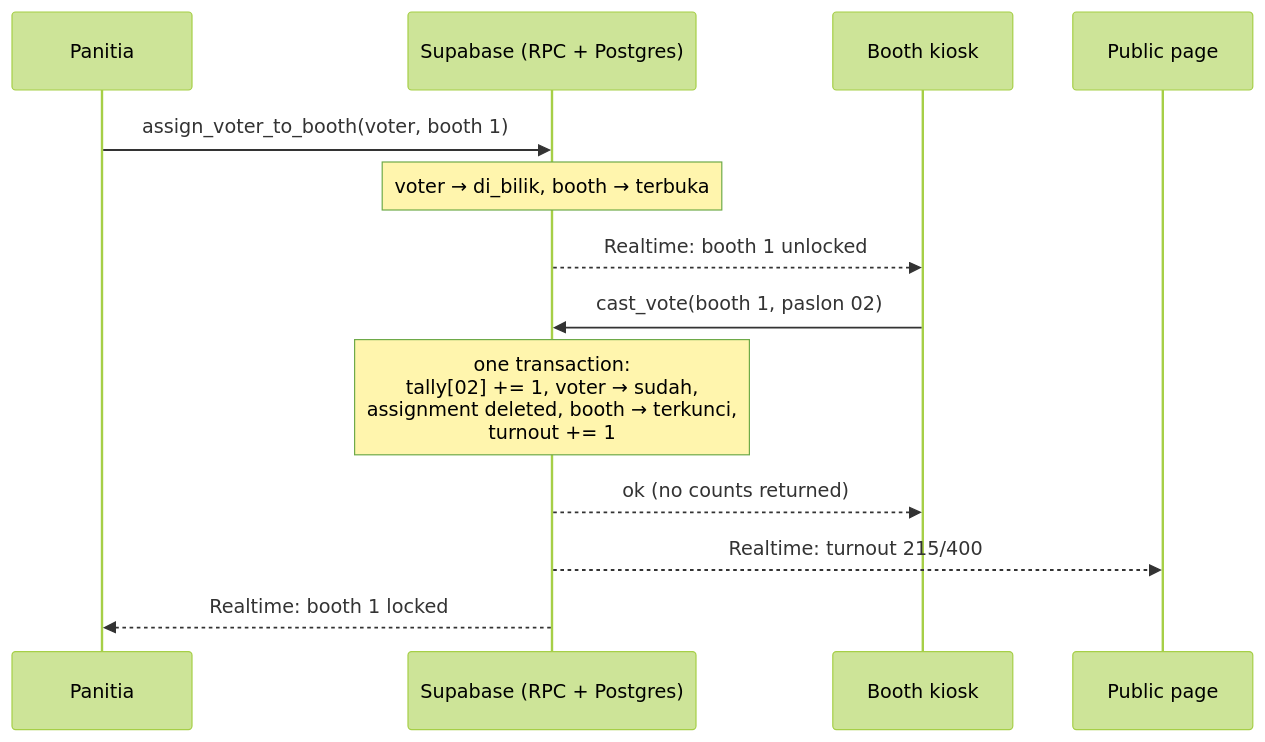
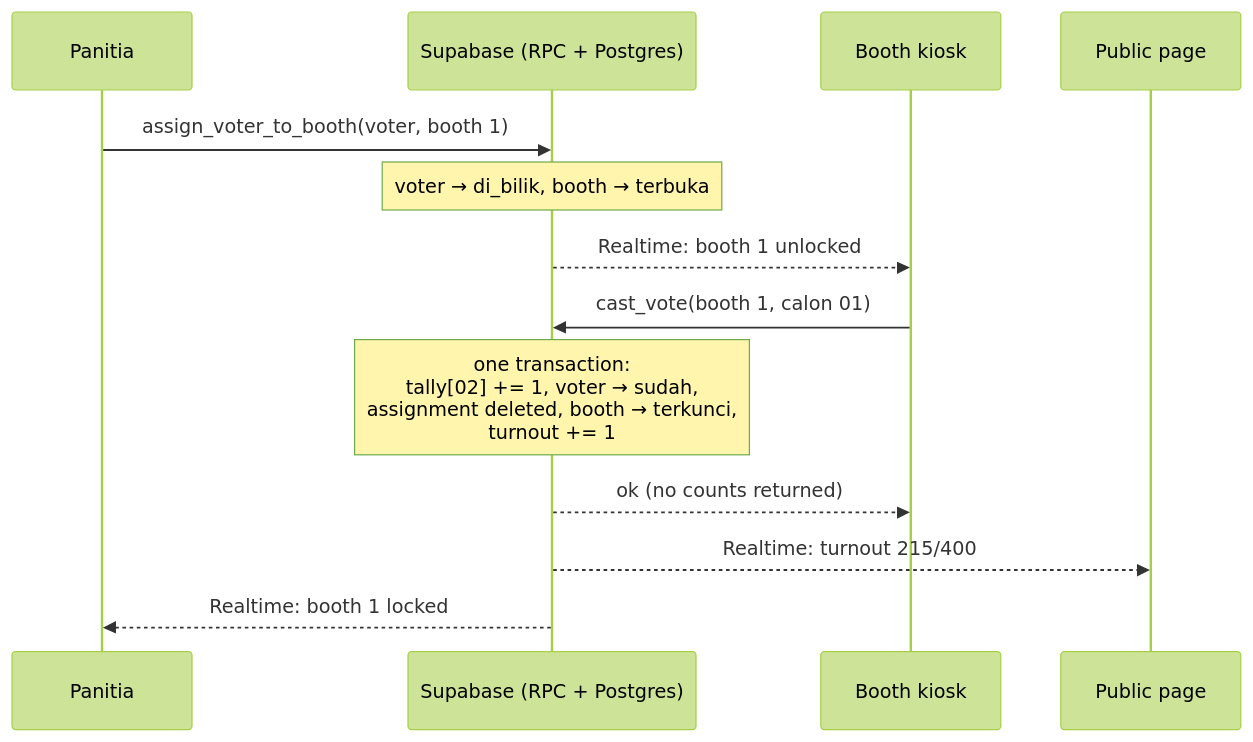
The second of 2 diagrams in README.md (MDrya/pemilu-raya-mps), drawn with Mermaid (forest theme) before and after one commit. The commit also changed other lines of this file and 22 other files, not shown here.

````diff
--- a/README.md
+++ b/README.md
@@ -72,16 +77,16 @@
 ```mermaid
 sequenceDiagram
   participant Panitia
   participant DB as Supabase (RPC + Postgres)
   participant Booth as Booth kiosk
   participant Public as Public page
 
   Panitia->>DB: assign_voter_to_booth(voter, booth 1)
   Note over DB: voter → di_bilik, booth → terbuka
   DB-->>Booth: Realtime: booth 1 unlocked
-  Booth->>DB: cast_vote(booth 1, paslon 02)
+  Booth->>DB: cast_vote(booth 1, calon 01)
   Note over DB: one transaction:<br/>tally[02] += 1, voter → sudah,<br/>assignment deleted, booth → terkunci,<br/>turnout += 1
   DB-->>Booth: ok (no counts returned)
   DB-->>Public: Realtime: turnout 215/400
   DB-->>Panitia: Realtime: booth 1 locked
 ```
````
